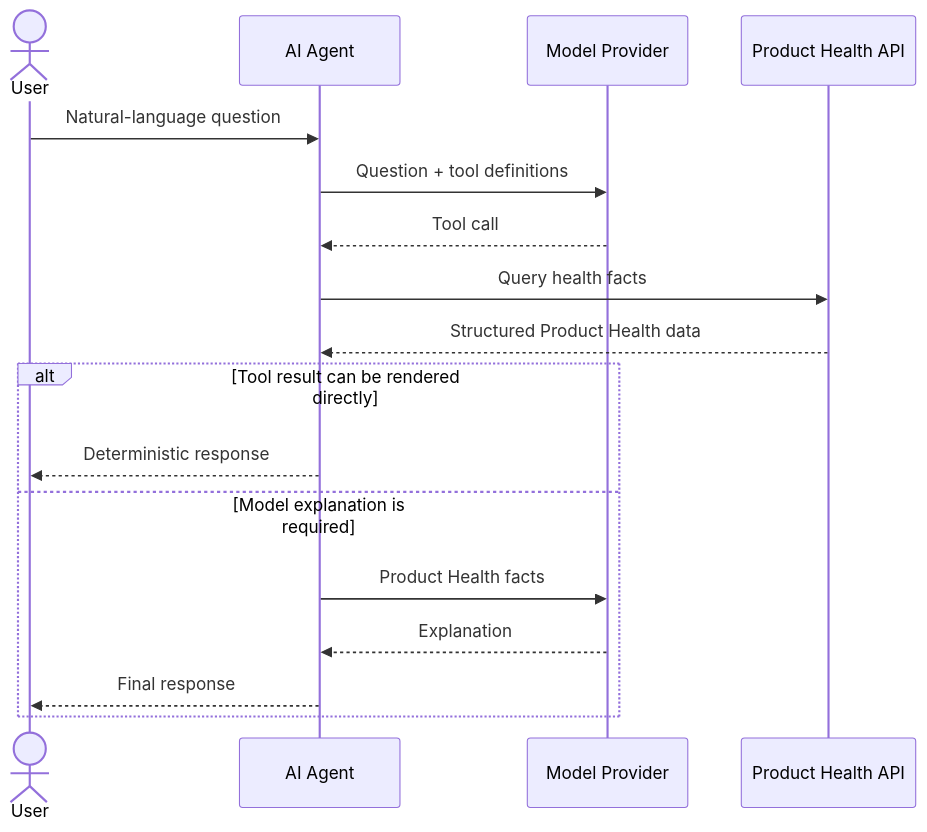
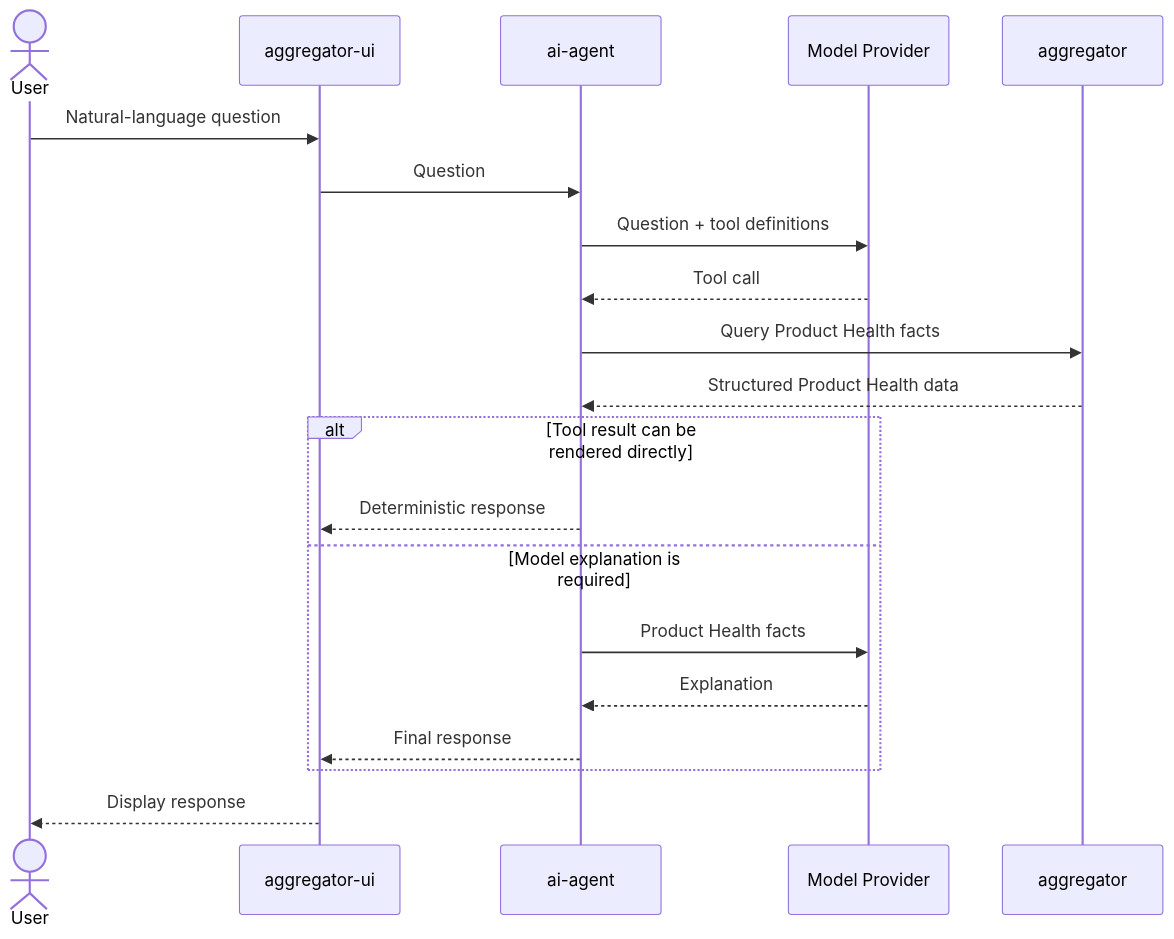
The second of 3 diagrams in docs/services.md (aleksei-sapozhnikov/aggregator), drawn with Mermaid before and after one commit. The commit also changed other lines of this file, not shown here.

Commit message:
Align architecture docs with service names

````diff
--- a/docs/services.md
+++ b/docs/services.md
@@ -28,21 +30,25 @@
 ```mermaid
 sequenceDiagram
   actor User
-  participant Agent as AI Agent
+  participant UI as aggregator-ui
+  participant Agent as ai-agent
   participant Model as Model Provider
-  participant Health as Product Health API
+  participant Aggregator as aggregator
 
-  User->>Agent: Natural-language question
+  User->>UI: Natural-language question
+  UI->>Agent: Question
   Agent->>Model: Question + tool definitions
   Model-->>Agent: Tool call
-  Agent->>Health: Query health facts
-  Health-->>Agent: Structured Product Health data
+  Agent->>Aggregator: Query Product Health facts
+  Aggregator-->>Agent: Structured Product Health data
 
   alt Tool result can be rendered directly
-    Agent-->>User: Deterministic response
+    Agent-->>UI: Deterministic response
   else Model explanation is required
     Agent->>Model: Product Health facts
     Model-->>Agent: Explanation
-    Agent-->>User: Final response
+    Agent-->>UI: Final response
   end
+
+  UI-->>User: Display response
 ```
````
